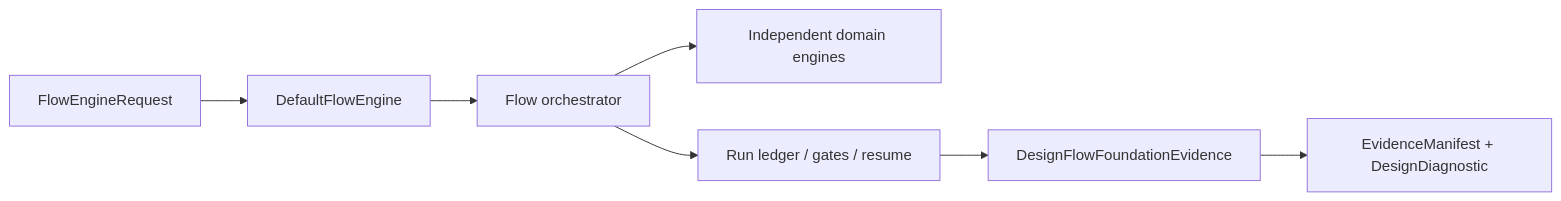
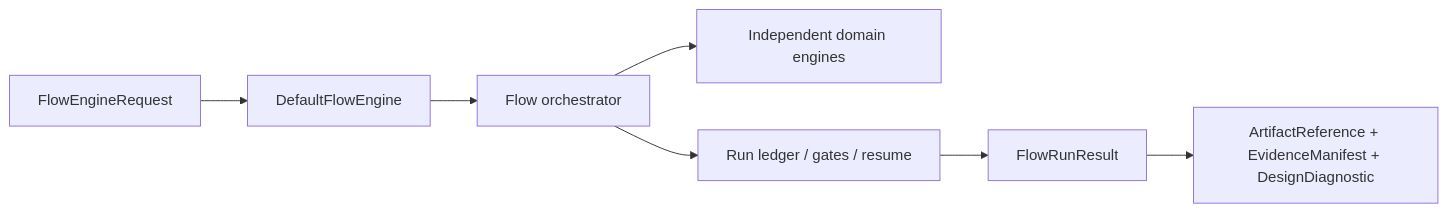
One commit to 1amageek/DesignFlowKernel changed the first of 2 diagrams in README.md. Above: the diagram before and after it, drawn with Mermaid. The commit also changed other lines of this file and 74 other files, not shown here.

Commit message:
Separate flow lifecycle from workspace storage

````diff
--- a/README.md
+++ b/README.md
@@ -11,9 +11,9 @@
 ```mermaid
 flowchart LR
     Request["FlowEngineRequest"] --> Engine["DefaultFlowEngine"]
     Engine --> Orchestrator["Flow orchestrator"]
     Orchestrator --> Domain["Independent domain engines"]
     Orchestrator --> Ledger["Run ledger / gates / resume"]
-    Ledger --> Evidence["DesignFlowFoundationEvidence"]
-    Evidence --> Foundation["EvidenceManifest + DesignDiagnostic"]
+    Ledger --> Result["FlowRunResult"]
+    Result --> Foundation["ArtifactReference + EvidenceManifest + DesignDiagnostic"]
 ```
````
